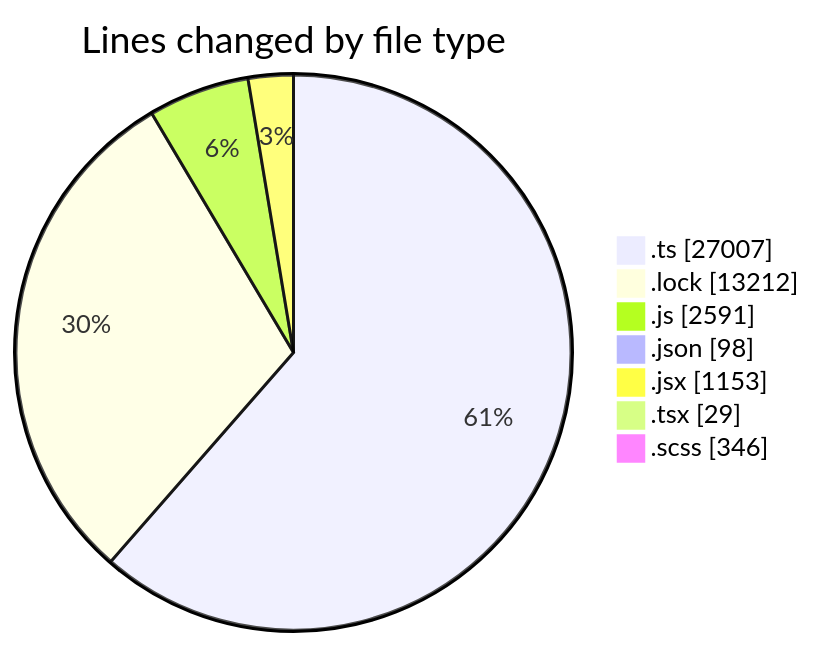
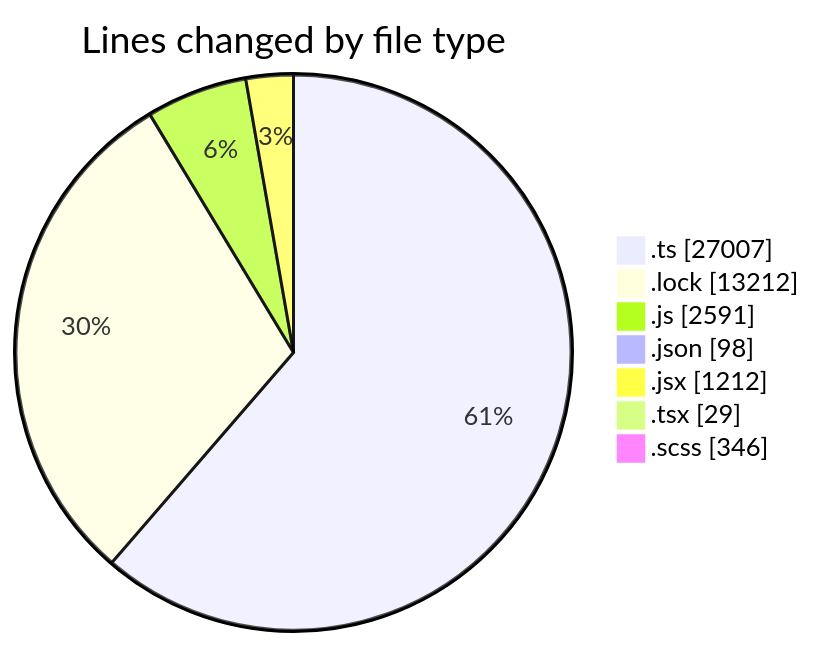
One commit to momahboobian/code-tracking changed the first of 2 diagrams in 2025-05-16/cda/README.md. Above: the diagram before and after it, drawn with Mermaid. The commit also changed other lines of this file and 1 other file, not shown here.

````diff
--- a/2025-05-16/cda/README.md
+++ b/2025-05-16/cda/README.md
@@ -47,11 +47,11 @@
 ```mermaid
 pie showData
 title Lines changed by file type
 ".ts" : 27007
 ".lock" : 13212
 ".js" : 2591
 ".json" : 98
-".jsx" : 1153
+".jsx" : 1212
 ".tsx" : 29
 ".scss" : 346
 ```
````
